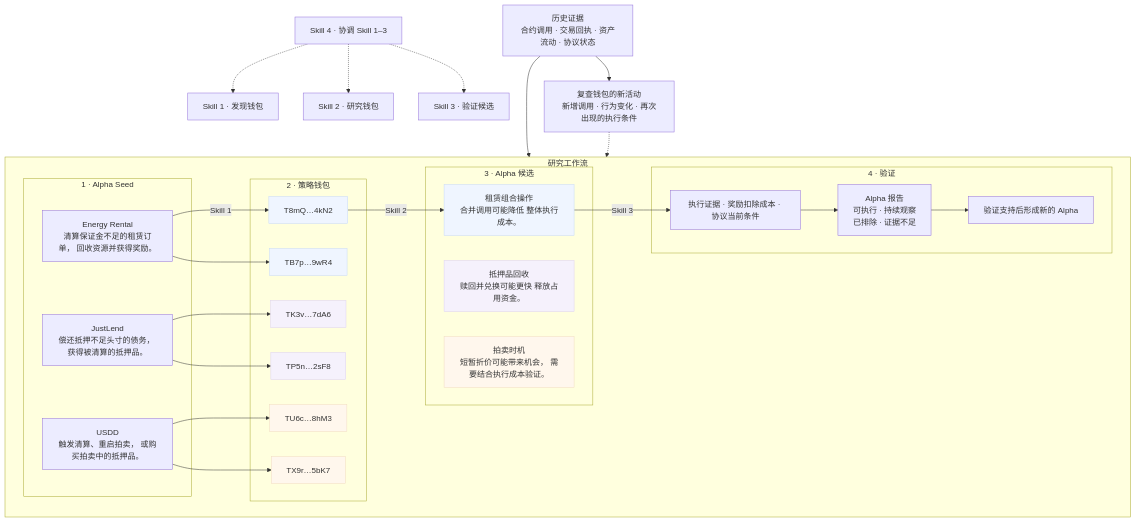
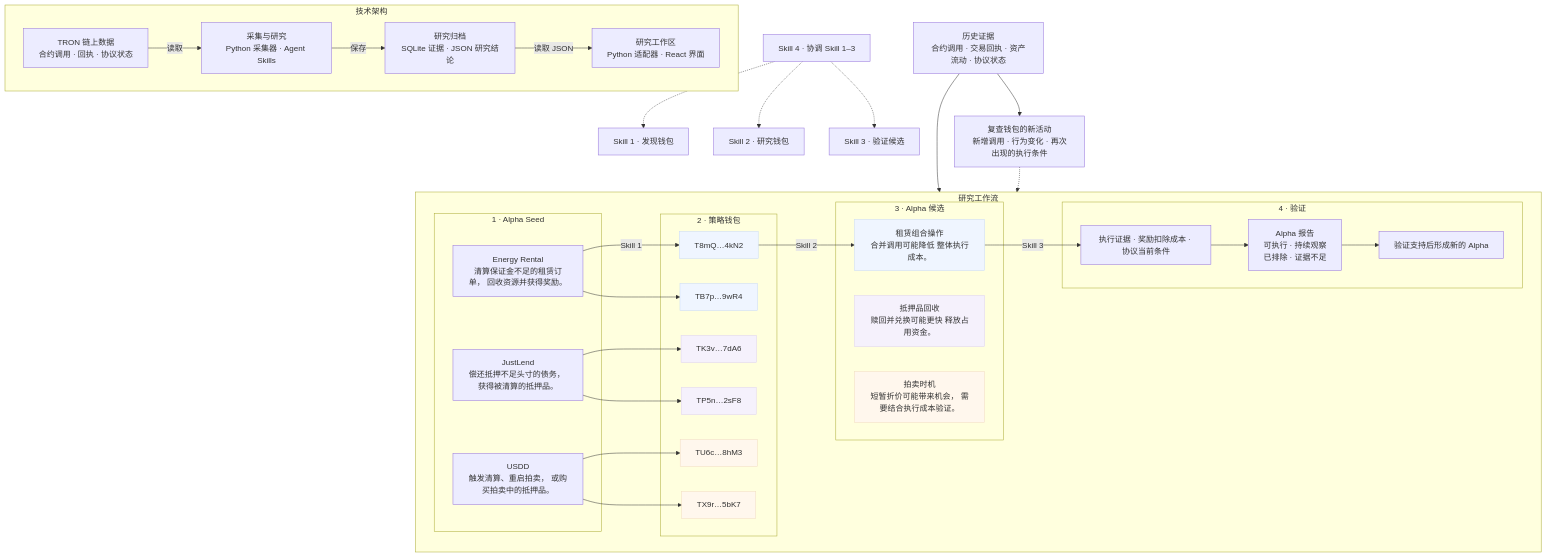
Before and after one commit to qinyh10300/protocol-alpha-finder: the diagram in docs/diagrams/system-architecture-zh-CN.mmd, drawn with Mermaid. The commit also changed 8 other files, not shown here.

Commit message:
docs: replace technical notes with connected architecture boxes

```diff
--- a/docs/diagrams/system-architecture-zh-CN.mmd
+++ b/docs/diagrams/system-architecture-zh-CN.mmd
@@ -1,59 +1,69 @@
 flowchart TB
     subgraph FLOW["研究工作流"]
         direction LR
         subgraph SEEDS["1 · Alpha Seed"]
             SEED0["Energy Rental<br/>清算保证金不足的租赁订单， 回收资源并获得奖励。"]
             SEED1["JustLend<br/>偿还抵押不足头寸的债务， 获得被清算的抵押品。"]
             SEED2["USDD<br/>触发清算、重启拍卖， 或购买拍卖中的抵押品。"]
         end
         subgraph WALLETS["2 · 策略钱包"]
             WALLET0["T8mQ…4kN2"]
             WALLET1["TB7p…9wR4"]
             WALLET2["TK3v…7dA6"]
             WALLET3["TP5n…2sF8"]
             WALLET4["TU6c…8hM3"]
             WALLET5["TX9r…5bK7"]
         end
         subgraph CANDIDATES["3 · Alpha 候选"]
             CANDIDATE0["租赁组合操作<br/>合并调用可能降低 整体执行成本。"]
             CANDIDATE1["抵押品回收<br/>赎回并兑换可能更快 释放占用资金。"]
             CANDIDATE2["拍卖时机<br/>短暂折价可能带来机会， 需要结合执行成本验证。"]
         end
         subgraph VALIDATION["4 · 验证"]
             CHECK["执行证据 · 奖励扣除成本 · 协议当前条件"]
             REPORT["Alpha 报告<br/>可执行 · 持续观察<br/>已排除 · 证据不足"]
             NEW["验证支持后形成新的 Alpha"]
             CHECK --> REPORT --> NEW
         end
         SEED0 -->|Skill 1| WALLET0
         SEED0 --> WALLET1
         SEED1 --> WALLET2
         SEED1 --> WALLET3
         SEED2 --> WALLET4
         SEED2 --> WALLET5
         WALLET0 -->|Skill 2| CANDIDATE0
         CANDIDATE0 -->|Skill 3| CHECK
     end
     S1["Skill 1 · 发现钱包"]
     S2["Skill 2 · 研究钱包"]
     S3["Skill 3 · 验证候选"]
     S4["Skill 4 · 协调 Skill 1–3"]
     S4 -.-> S1
     S4 -.-> S2
     S4 -.-> S3
     HISTORY["历史证据<br/>合约调用 · 交易回执 · 资产流动 · 协议状态"]
     OBSERVE["复查钱包的新活动<br/>新增调用 · 行为变化 · 再次出现的执行条件"]
     HISTORY --> FLOW
     HISTORY --> OBSERVE
     OBSERVE -.-> FLOW
     %% 地址与候选均为方法示意 · 相同颜色标明来源关系，图中只展开一条研究路径。
     %% 重复采集与复查；当前由手动启动检查。
     style WALLET0 fill:#eff5ff,stroke:#c8daf8
     style WALLET1 fill:#eff5ff,stroke:#c8daf8
     style CANDIDATE0 fill:#eff5ff,stroke:#c8daf8
     style WALLET2 fill:#f5f1fc,stroke:#ded2f2
     style WALLET3 fill:#f5f1fc,stroke:#ded2f2
     style CANDIDATE1 fill:#f5f1fc,stroke:#ded2f2
     style WALLET4 fill:#fff7ed,stroke:#f1dcc2
     style WALLET5 fill:#fff7ed,stroke:#f1dcc2
     style CANDIDATE2 fill:#fff7ed,stroke:#f1dcc2
+    subgraph TECH["技术架构"]
+        direction LR
+        T0["TRON 链上数据<br/>合约调用 · 回执 · 协议状态"]
+        T1["采集与研究<br/>Python 采集器 · Agent Skills"]
+        T0 -->|读取| T1
+        T2["研究归档<br/>SQLite 证据 · JSON 研究结论"]
+        T1 -->|保存| T2
+        T3["研究工作区<br/>Python 适配器 · React 界面"]
+        T2 -->|读取 JSON| T3
+    end
```
